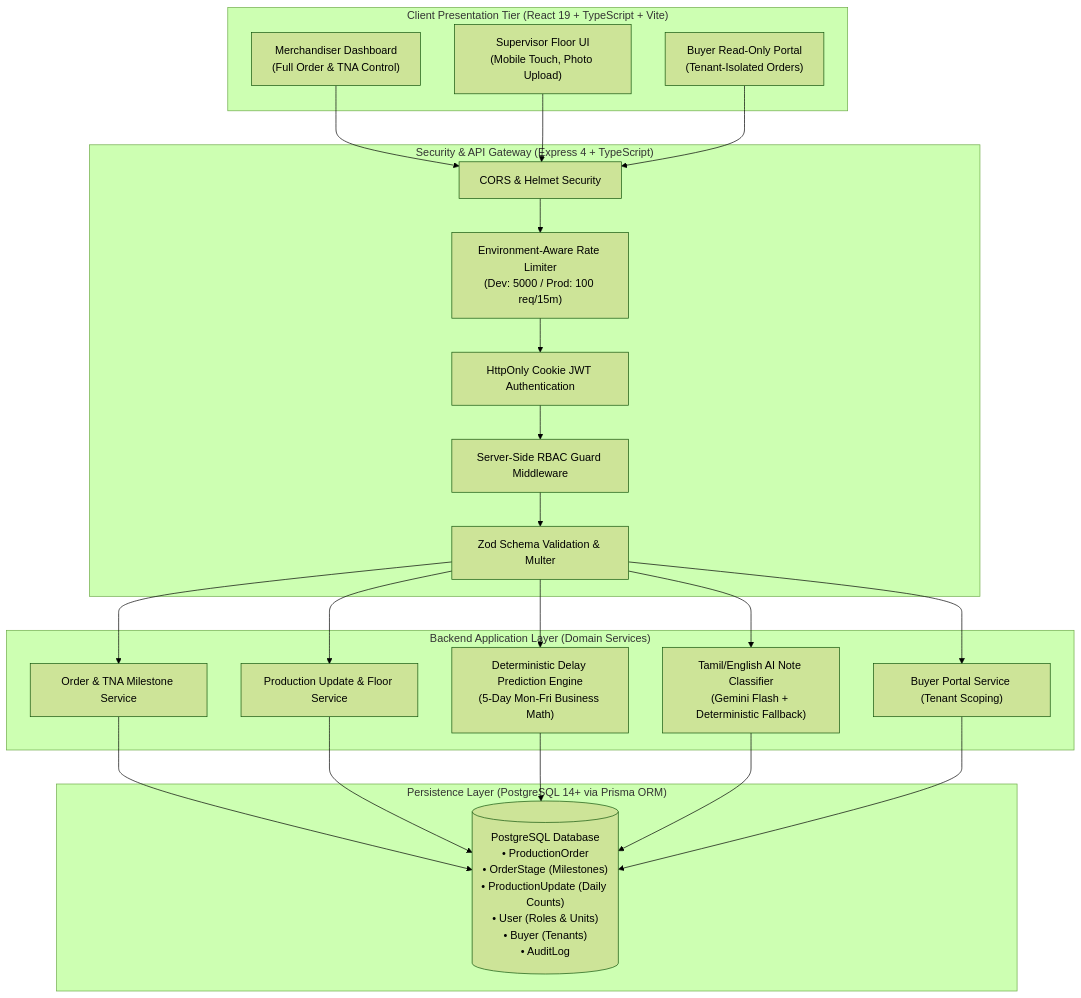
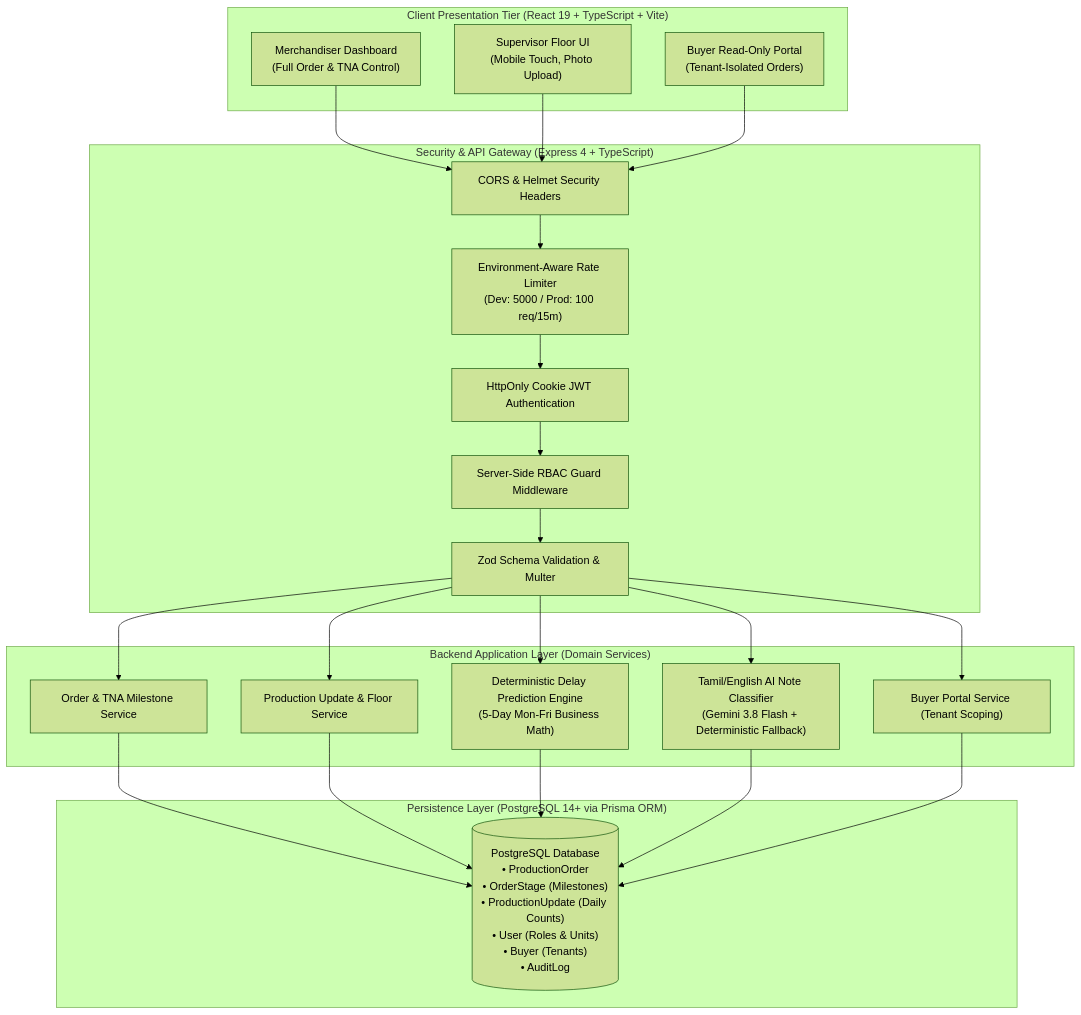
Before and after one commit to ayanali0249/knittrack-production-tracker: the diagram in README.md, drawn with Mermaid (forest theme). The commit also changed other lines of this file and 9 other files, not shown here.

````diff
--- a/README.md
+++ b/README.md
@@ -41,46 +45,46 @@
 ```mermaid
 flowchart TD
     subgraph ClientTiers["Client Presentation Tier (React 19 + TypeScript + Vite)"]
         MD["Merchandiser Dashboard<br/>(Full Order & TNA Control)"]
         SF["Supervisor Floor UI<br/>(Mobile Touch, Photo Upload)"]
         BP["Buyer Read-Only Portal<br/>(Tenant-Isolated Orders)"]
     end
 
     subgraph SecurityGateway["Security & API Gateway (Express 4 + TypeScript)"]
-        CORS["CORS & Helmet Security"]
+        CORS["CORS & Helmet Security Headers"]
         RL["Environment-Aware Rate Limiter<br/>(Dev: 5000 / Prod: 100 req/15m)"]
         AUTH["HttpOnly Cookie JWT Authentication"]
         RBAC["Server-Side RBAC Guard Middleware"]
         ZOD["Zod Schema Validation & Multer"]
     end
 
     subgraph CoreServices["Backend Application Layer (Domain Services)"]
         OS["Order & TNA Milestone Service"]
         PS["Production Update & Floor Service"]
         DE["Deterministic Delay Prediction Engine<br/>(5-Day Mon-Fri Business Math)"]
-        AI["Tamil/English AI Note Classifier<br/>(Gemini Flash + Deterministic Fallback)"]
+        AI["Tamil/English AI Note Classifier<br/>(Gemini 3.8 Flash + Deterministic Fallback)"]
         BS["Buyer Portal Service (Tenant Scoping)"]
     end
 
     subgraph DatabaseTier["Persistence Layer (PostgreSQL 14+ via Prisma ORM)"]
         DB[("PostgreSQL Database<br/>• ProductionOrder<br/>• OrderStage (Milestones)<br/>• ProductionUpdate (Daily Counts)<br/>• User (Roles & Units)<br/>• Buyer (Tenants)<br/>• AuditLog")]
     end
 
     MD --> CORS
     SF --> CORS
     BP --> CORS
 
     CORS --> RL --> AUTH --> RBAC --> ZOD
 
     ZOD --> OS
     ZOD --> PS
     ZOD --> DE
     ZOD --> AI
     ZOD --> BS
 
     OS --> DB
     PS --> DB
     DE --> DB
     AI --> DB
     BS --> DB
 ```
````
